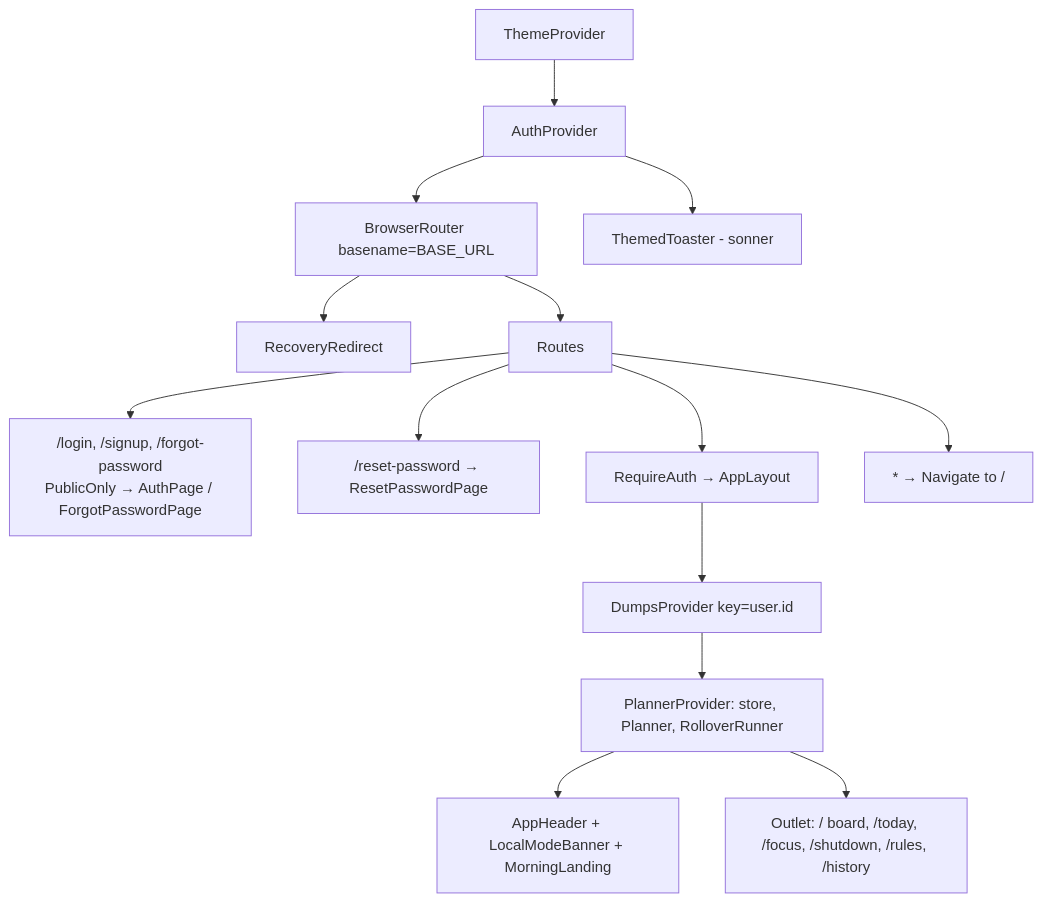
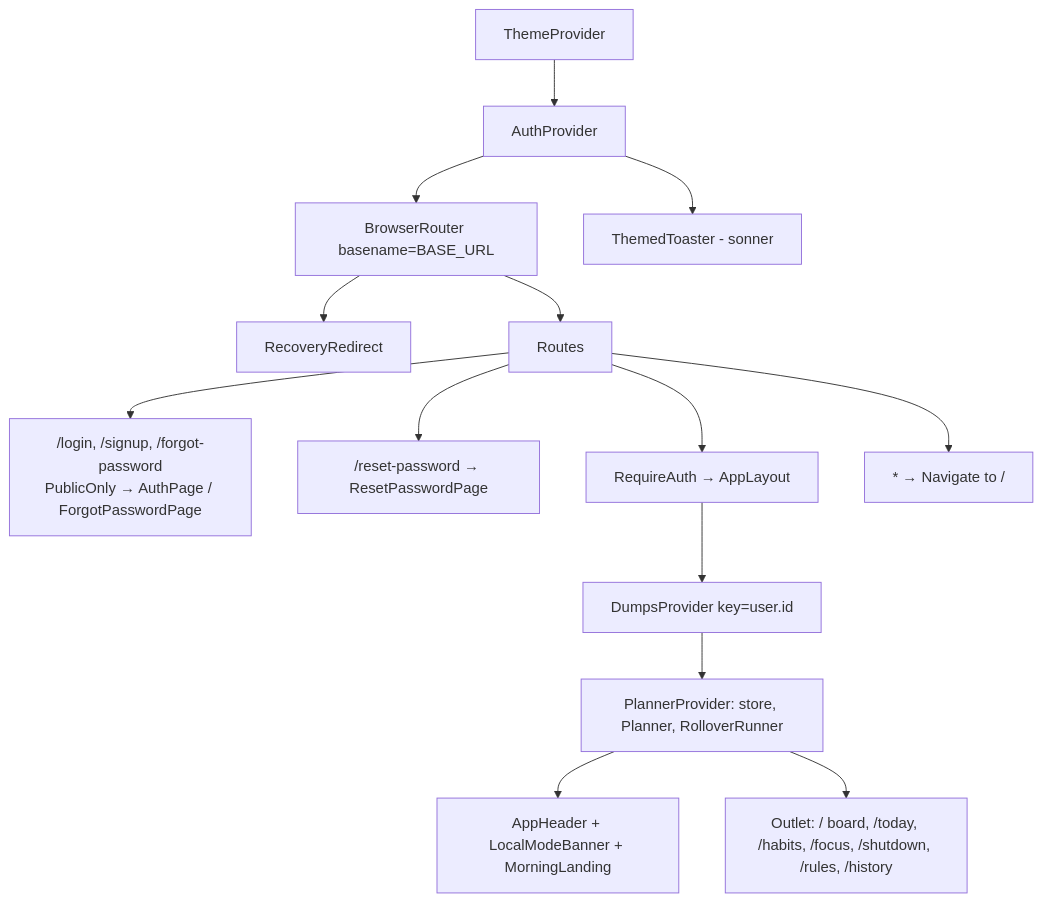
Before and after one commit to GamerNishant/mind-dump: the first of 5 diagrams in FLOW.md, drawn with Mermaid. The commit also changed other lines of this file and 35 other files, not shown here.

````diff
--- a/FLOW.md
+++ b/FLOW.md
@@ -29,16 +29,16 @@
 ```mermaid
 flowchart TD
   A[ThemeProvider] --> B[AuthProvider]
   B --> C["BrowserRouter basename=BASE_URL"]
   B --> T[ThemedToaster - sonner]
   C --> R[RecoveryRedirect]
   C --> Routes
   Routes --> L["/login, /signup, /forgot-password<br/>PublicOnly → AuthPage / ForgotPasswordPage"]
   Routes --> RP["/reset-password → ResetPasswordPage"]
   Routes --> P["RequireAuth → AppLayout"]
   P --> D["DumpsProvider key=user.id"]
   D --> PP["PlannerProvider: store, Planner, RolloverRunner"]
   PP --> H[AppHeader + LocalModeBanner + MorningLanding]
-  PP --> O["Outlet: / board, /today, /focus, /shutdown, /rules, /history"]
+  PP --> O["Outlet: / board, /today, /habits, /focus, /shutdown, /rules, /history"]
   Routes --> X["* → Navigate to /"]
 ```
````
